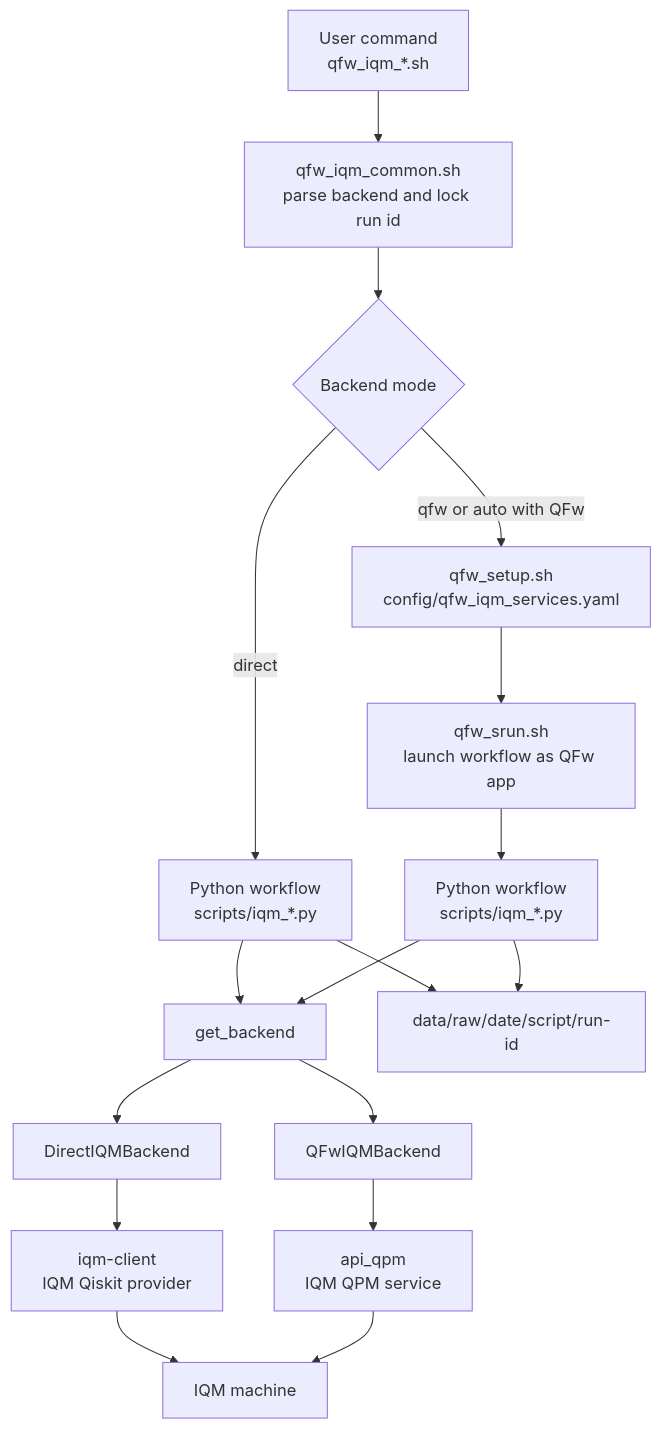
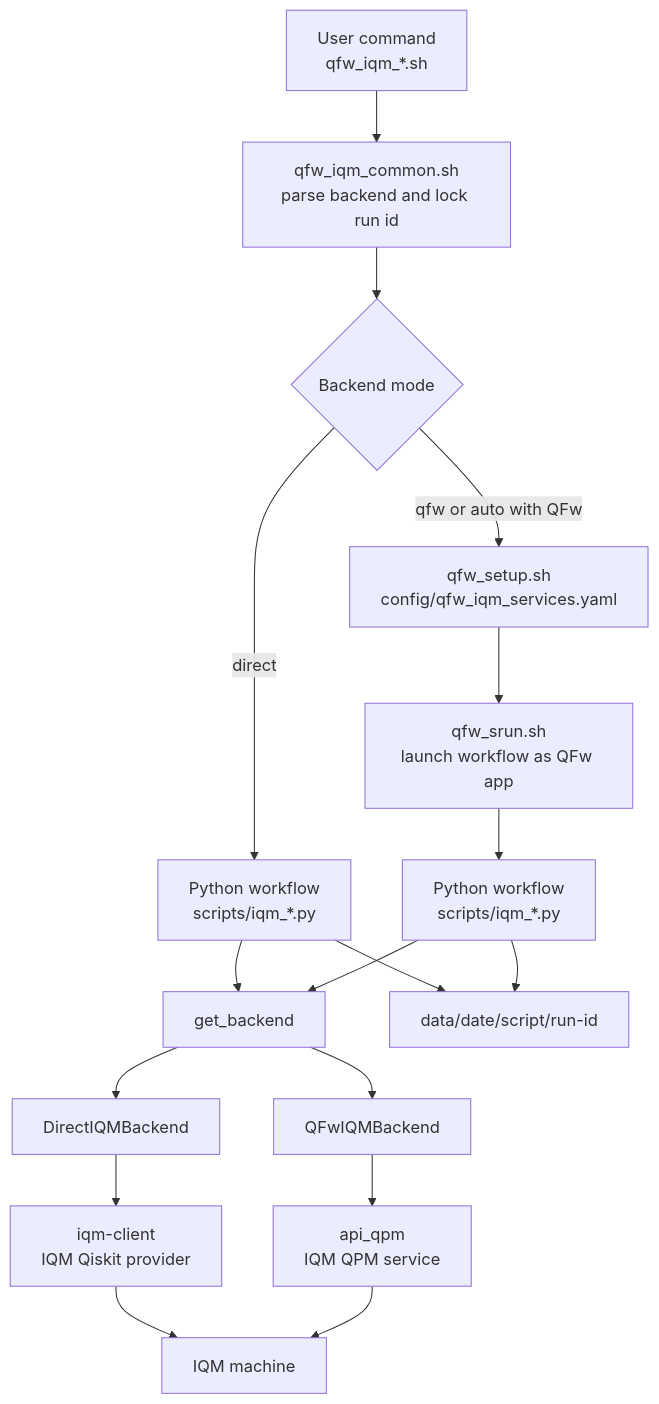
The diagram in README.md (openQSE/QFw-IQM), drawn with Mermaid before and after one commit. The commit also changed other lines of this file and 1 other file, not shown here.

First line of the commit message:
QFw-IQM: simplify data output paths

````diff
--- a/README.md
+++ b/README.md
@@ -184,19 +184,19 @@
 ```mermaid
 flowchart TD
     user["User command<br/>qfw_iqm_*.sh"] --> common["qfw_iqm_common.sh<br/>parse backend and lock run id"]
     common --> mode{"Backend mode"}
     mode -->|"direct"| direct_python["Python workflow<br/>scripts/iqm_*.py"]
     mode -->|"qfw or auto with QFw"| setup["qfw_setup.sh<br/>config/qfw_iqm_services.yaml"]
     setup --> srun["qfw_srun.sh<br/>launch workflow as QFw app"]
     srun --> qfw_python["Python workflow<br/>scripts/iqm_*.py"]
     direct_python --> selector["get_backend"]
     qfw_python --> selector
     selector --> direct_backend["DirectIQMBackend"]
     selector --> qfw_backend["QFwIQMBackend"]
     direct_backend --> iqm_client["iqm-client<br/>IQM Qiskit provider"]
     qfw_backend --> qpm["api_qpm<br/>IQM QPM service"]
     iqm_client --> machine["IQM machine"]
     qpm --> machine
-    direct_python --> output["data/raw/date/script/run-id"]
+    direct_python --> output["data/date/script/run-id"]
     qfw_python --> output
 ```
````
